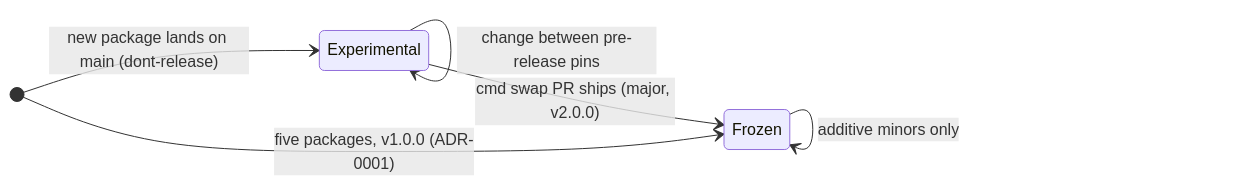
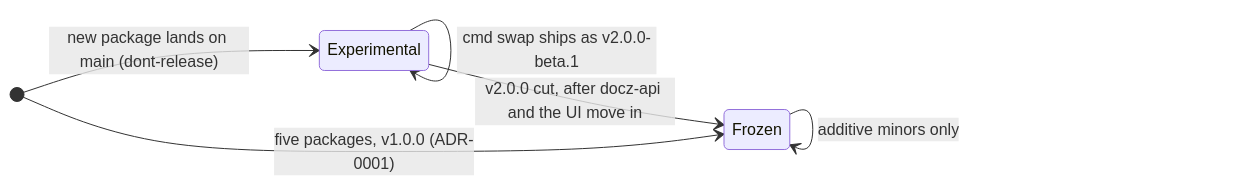
The third of 3 diagrams in docs/adr/0002-docz-is-an-api-package-whose-first-consumer-is-the-cli.md (donaldgifford/docz), drawn with Mermaid before and after one commit. The commit also changed other lines of this file and 2 other files, not shown here.

````diff
--- a/docs/adr/0002-docz-is-an-api-package-whose-first-consumer-is-the-cli.md
+++ b/docs/adr/0002-docz-is-an-api-package-whose-first-consumer-is-the-cli.md
@@ -226,9 +239,10 @@
    ```mermaid
    stateDiagram-v2
      direction LR
      [*] --> Frozen: five packages, v1.0.0 (ADR-0001)
      [*] --> Experimental: new package lands on main (dont-release)
      Experimental --> Experimental: change between pre-release pins
-     Experimental --> Frozen: cmd swap PR ships (major, v2.0.0)
+     Experimental --> Experimental: cmd swap ships as v2.0.0-beta.1
+     Experimental --> Frozen: v2.0.0 cut, after docz-api and the UI move in
      Frozen --> Frozen: additive minors only
    ```
````
